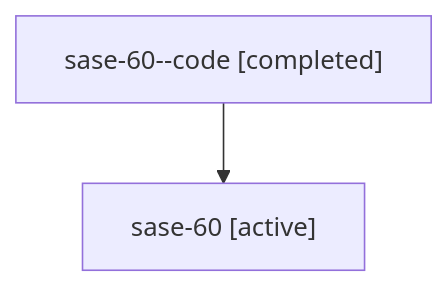
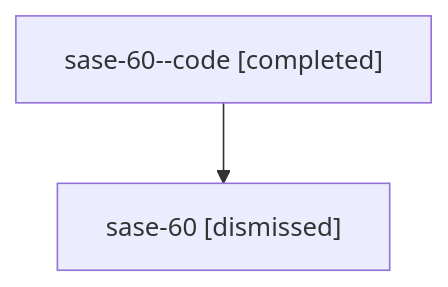
Before and after one commit to sase-org/sase--agents: the diagram in sessions/bbugyi200.athena.sase-60.md, drawn with Mermaid. The commit also changed other lines of this file and 46 other files, not shown here.

````diff
--- a/sessions/bbugyi200.athena.sase-60.md
+++ b/sessions/bbugyi200.athena.sase-60.md
@@ -9,6 +9,6 @@
 ```mermaid
 flowchart TD
   n0["sase-60--code [completed]"]
-  n1["sase-60 [active]"]
+  n1["sase-60 [dismissed]"]
   n0 --> n1
 ```
````
